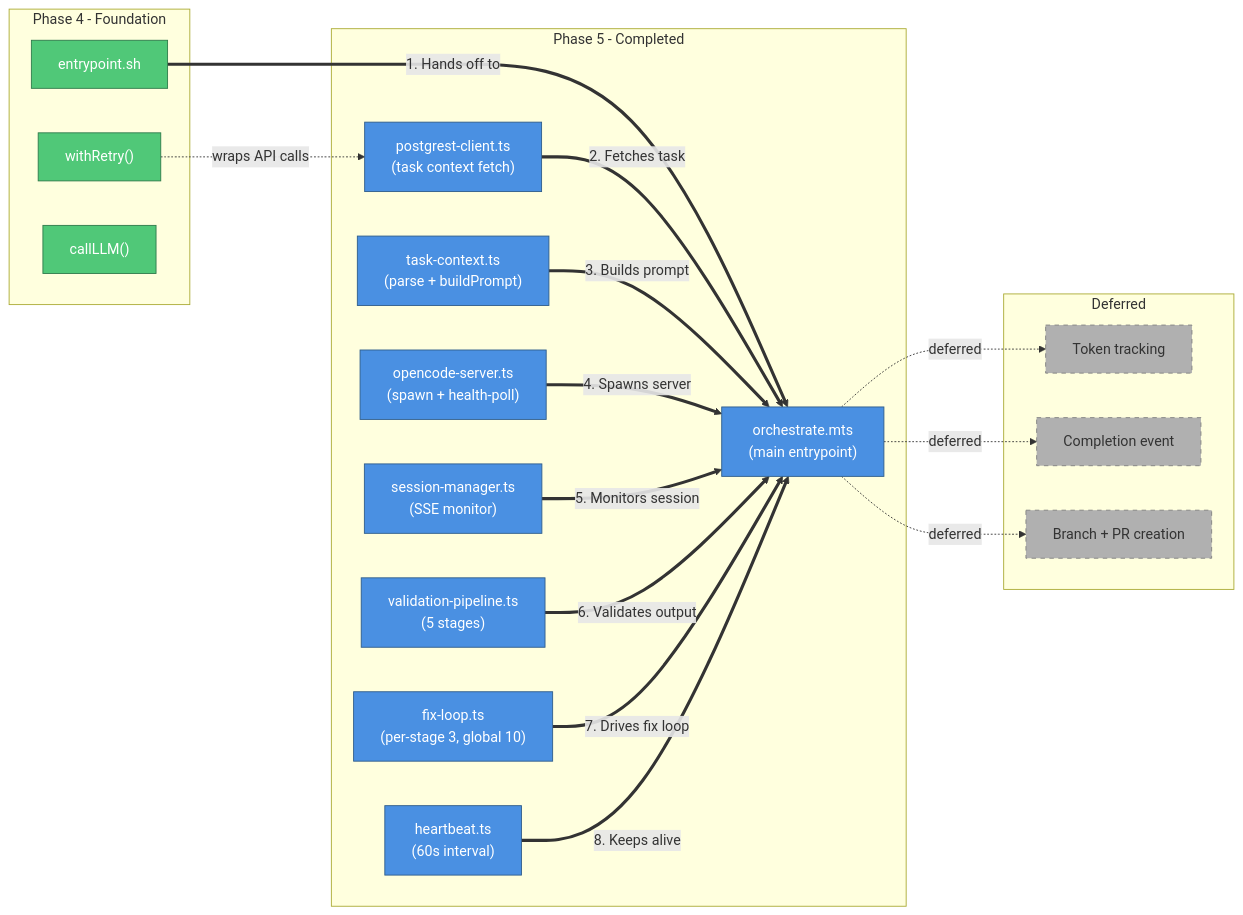
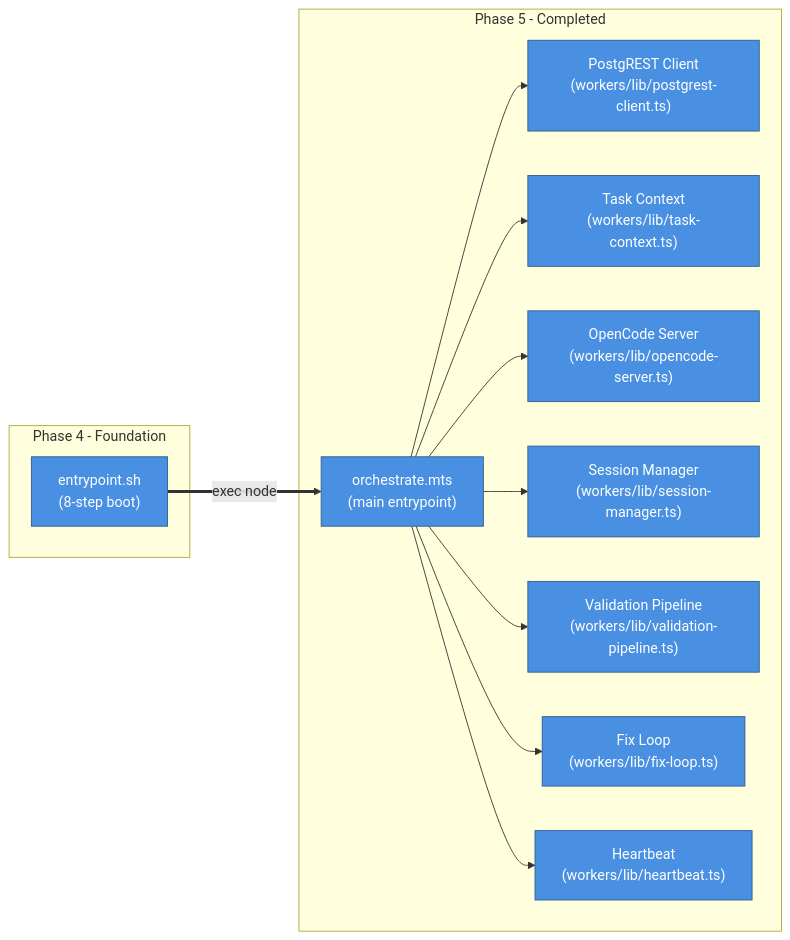
The first of 3 diagrams in docs/2026-03-30-1511-phase5-execution-agent.md (viiqswim/dozaldevs-ai-employee), drawn with Mermaid before and after one commit. The commit also changed other lines of this file, not shown here.

Commit message:
docs: update Phase 5 completion doc with final content

````diff
--- a/docs/2026-03-30-1511-phase5-execution-agent.md
+++ b/docs/2026-03-30-1511-phase5-execution-agent.md
@@ -11,42 +11,26 @@
 ```mermaid
 flowchart LR
     subgraph Phase 5 - Completed
+        PGREST["PostgREST Client\n(workers/lib/postgrest-client.ts)"]:::service
+        TASKCTX["Task Context\n(workers/lib/task-context.ts)"]:::service
+        OPSRV["OpenCode Server\n(workers/lib/opencode-server.ts)"]:::service
+        SESSMGR["Session Manager\n(workers/lib/session-manager.ts)"]:::service
+        VALPIPE["Validation Pipeline\n(workers/lib/validation-pipeline.ts)"]:::service
+        FIXLOOP["Fix Loop\n(workers/lib/fix-loop.ts)"]:::service
+        HRTBT["Heartbeat\n(workers/lib/heartbeat.ts)"]:::service
         ORCH["orchestrate.mts\n(main entrypoint)"]:::service
-        PG["postgrest-client.ts\n(task context fetch)"]:::service
-        TC["task-context.ts\n(parse + buildPrompt)"]:::service
-        OCS["opencode-server.ts\n(spawn + health-poll)"]:::service
-        SM["session-manager.ts\n(SSE monitor)"]:::service
-        VP["validation-pipeline.ts\n(5 stages)"]:::service
-        FL["fix-loop.ts\n(per-stage 3, global 10)"]:::service
-        HB["heartbeat.ts\n(60s interval)"]:::service
     end
 
     subgraph Phase 4 - Foundation
-        BOOT["entrypoint.sh"]:::event
-        RETRY["withRetry()"]:::event
-        LLM["callLLM()"]:::event
+        BOOT["entrypoint.sh\n(8-step boot)"]:::service
     end
 
-    subgraph Deferred
-        TOKEN["Token tracking"]:::future
-        COMPLETE["Completion event"]:::future
-        BRPR["Branch + PR creation"]:::future
-    end
-
-    BOOT ==>|"1. Hands off to"| ORCH
-    PG ==>|"2. Fetches task"| ORCH
-    TC ==>|"3. Builds prompt"| ORCH
-    OCS ==>|"4. Spawns server"| ORCH
-    SM ==>|"5. Monitors session"| ORCH
-    VP ==>|"6. Validates output"| ORCH
-    FL ==>|"7. Drives fix loop"| ORCH
-    HB ==>|"8. Keeps alive"| ORCH
-    RETRY -.->|"wraps API calls"| PG
-    ORCH -.->|"deferred"| TOKEN
-    ORCH -.->|"deferred"| COMPLETE
-    ORCH -.->|"deferred"| BRPR
+    BOOT ==>|"exec node"| ORCH
+    ORCH --> PGREST
+    ORCH --> TASKCTX
+    ORCH --> OPSRV
+    ORCH --> SESSMGR
+    ORCH --> VALPIPE & FIXLOOP & HRTBT
 
     classDef service fill:#4A90E2,stroke:#2E5C8A,color:#fff
-    classDef future fill:#B0B0B0,stroke:#808080,color:#333,stroke-dasharray:5
-    classDef event fill:#50C878,stroke:#2D7A4A,color:#fff
 ```
````
